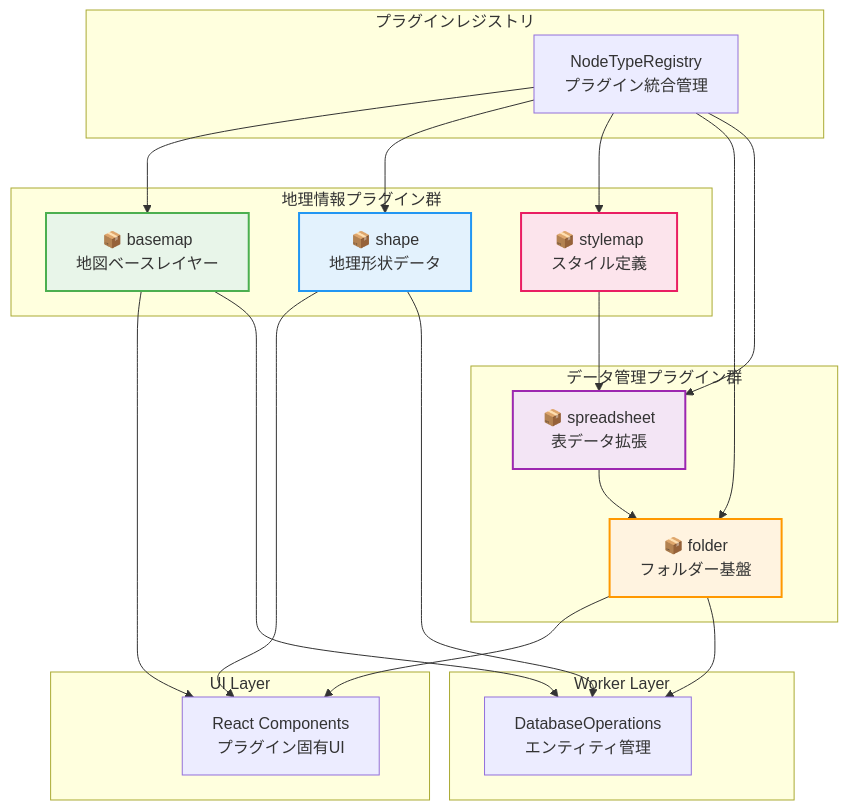
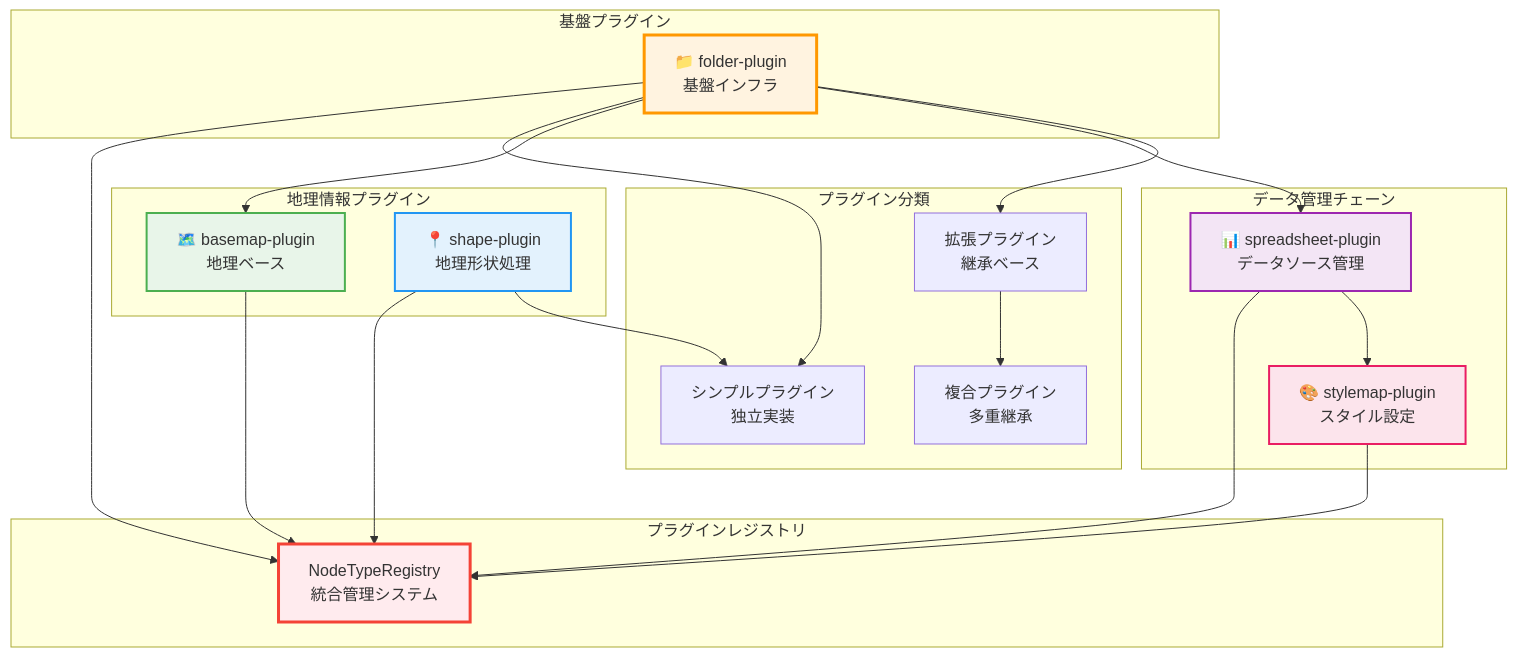
The first of 2 diagrams in packages/node-type/README.md (kubohiroya/hierarchidb), drawn with Mermaid before and after one commit. The commit also changed other lines of this file and 628 other files, not shown here.

````diff
--- a/packages/node-type/README.md
+++ b/packages/node-type/README.md
@@ -69,48 +133,49 @@
 ```mermaid
 graph TB
-    subgraph "プラグインレジストリ"
-        REGISTRY[NodeTypeRegistry<br/>プラグイン統合管理]
+    subgraph "プラグイン分類"
+        SIMPLE[シンプルプラグイン<br/>独立実装]
+        EXTENDING[拡張プラグイン<br/>継承ベース]
+        COMPLEX[複合プラグイン<br/>多重継承]
     end
     
-    subgraph "地理情報プラグイン群"
-        BASEMAP[📦 basemap<br/>地図ベースレイヤー]
-        SHAPE[📦 shape<br/>地理形状データ]
-        STYLEMAP[📦 stylemap<br/>スタイル定義]
+    subgraph "基盤プラグイン"
+        FOLDER[📁 folder-plugin<br/>基盤インフラ]
     end
     
-    subgraph "データ管理プラグイン群"
-        FOLDER[📦 folder<br/>フォルダー基盤]
-        SPREADSHEET[📦 spreadsheet<br/>表データ拡張]
+    subgraph "データ管理チェーン"
+        SPREADSHEET[📊 spreadsheet-plugin<br/>データソース管理]
+        STYLEMAP[🎨 stylemap-plugin<br/>スタイル設定]
     end
     
-    subgraph "UI Layer"
-        UI[React Components<br/>プラグイン固有UI]
+    subgraph "地理情報プラグイン"
+        BASEMAP[🗺️ basemap-plugin<br/>地理ベース]
+        SHAPE[📍 shape-plugin<br/>地理形状処理]
     end
     
-    subgraph "Worker Layer"
-        WORKER[DatabaseOperations<br/>エンティティ管理]
+    subgraph "プラグインレジストリ"
+        REGISTRY[NodeTypeRegistry<br/>統合管理システム]
     end
     
-    REGISTRY --> BASEMAP
-    REGISTRY --> SHAPE
-    REGISTRY --> STYLEMAP
-    REGISTRY --> FOLDER
-    REGISTRY --> SPREADSHEET
+    FOLDER --> EXTENDING
+    FOLDER --> SPREADSHEET
+    FOLDER --> BASEMAP
+    SPREADSHEET --> STYLEMAP
     
-    SPREADSHEET --> FOLDER
-    STYLEMAP --> SPREADSHEET
+    SHAPE --> SIMPLE
+    FOLDER --> SIMPLE
     
-    BASEMAP --> UI
-    SHAPE --> UI
-    FOLDER --> UI
+    FOLDER --> REGISTRY
+    SPREADSHEET --> REGISTRY
+    STYLEMAP --> REGISTRY
+    BASEMAP --> REGISTRY
+    SHAPE --> REGISTRY
     
-    BASEMAP --> WORKER
-    SHAPE --> WORKER  
-    FOLDER --> WORKER
+    EXTENDING --> COMPLEX
     
+    style FOLDER fill:#fff3e0,stroke:#ff9800,stroke-width:3px
+    style SPREADSHEET fill:#f3e5f5,stroke:#9c27b0,stroke-width:2px
+    style STYLEMAP fill:#fce4ec,stroke:#e91e63,stroke-width:2px
     style BASEMAP fill:#e8f5e9,stroke:#4caf50,stroke-width:2px
     style SHAPE fill:#e3f2fd,stroke:#2196f3,stroke-width:2px
-    style FOLDER fill:#fff3e0,stroke:#ff9800,stroke-width:2px
-    style SPREADSHEET fill:#f3e5f5,stroke:#9c27b0,stroke-width:2px
-    style STYLEMAP fill:#fce4ec,stroke:#e91e63,stroke-width:2px
+    style REGISTRY fill:#ffebee,stroke:#f44336,stroke-width:3px
 ```
````
